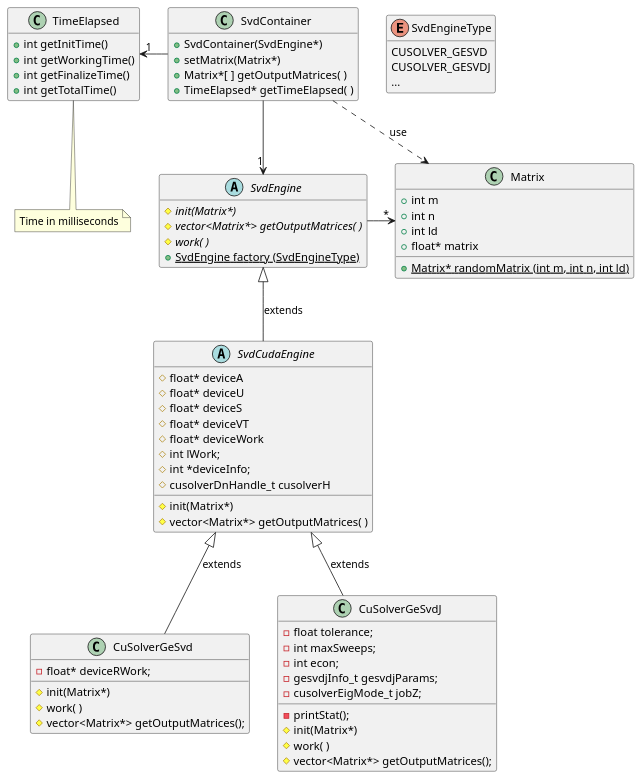
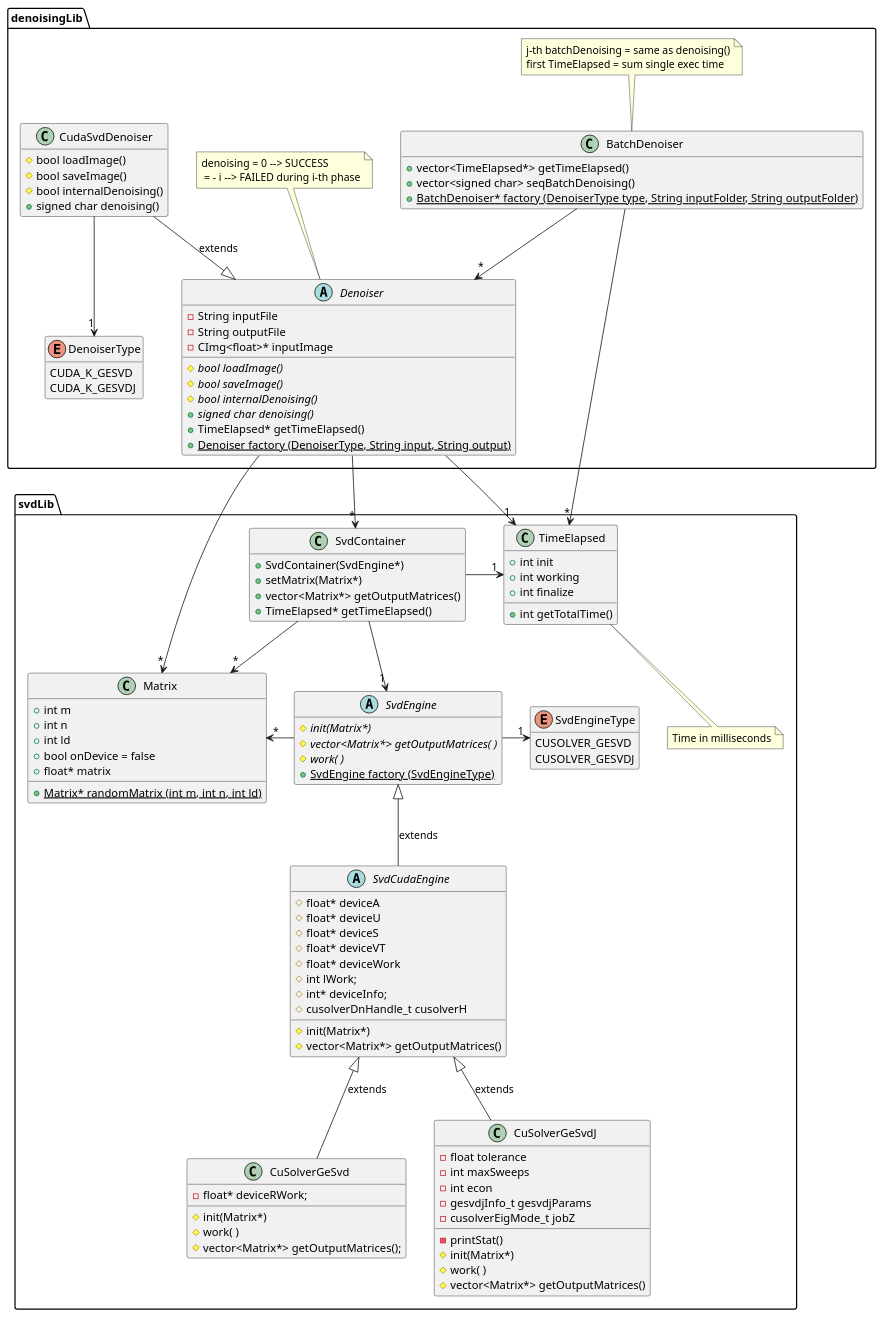
One commit to newfla/CUDA-K-SVD-Denoising changed the diagram in uml/src/classDiagram.puml. Above: the diagram before and after it, drawn with PlantUML. The commit also changed 17 other files, not shown here.

```diff
--- a/uml/src/classDiagram.puml
+++ b/uml/src/classDiagram.puml
@@ -1,95 +1,151 @@
 @startuml diagrammaSVD
 
-class Matrix{
-    + int m
-    + int n
-    + int ld
-    + float* matrix
-    {static} + Matrix* randomMatrix (int m, int n, int ld)
+package svdLib {
+    class Matrix{
+        + int m
+        + int n
+        + int ld
+        + bool onDevice = false 
+        + float* matrix
+        {static} + Matrix* randomMatrix (int m, int n, int ld)
 
+    }
+
+    abstract class SvdEngine{
+        
+        {abstract} # init(Matrix*)
+        {abstract} # vector<Matrix*> getOutputMatrices( )
+        {abstract} # work( )
+        {static} + SvdEngine factory (SvdEngineType)
+    }
+
+    abstract class SvdCudaEngine{
+
+        # float* deviceA
+        # float* deviceU
+        # float* deviceS
+        # float* deviceVT
+        # float* deviceWork
+        # int lWork;
+        # int* deviceInfo;
+        # cusolverDnHandle_t cusolverH
+        
+
+        #  init(Matrix*)
+        #  vector<Matrix*> getOutputMatrices()
+    }
+
+    enum SvdEngineType{
+            CUSOLVER_GESVD
+            CUSOLVER_GESVDJ
+    }
+
+    class CuSolverGeSvd{
+
+        - float* deviceRWork;
+
+        # init(Matrix*)
+        # work( )
+        # vector<Matrix*> getOutputMatrices();
+    }
+
+    class CuSolverGeSvdJ{
+
+        - float tolerance
+        - int maxSweeps
+        - int econ
+        - gesvdjInfo_t gesvdjParams
+        - cusolverEigMode_t jobZ
+
+        - printStat()
+        # init(Matrix*)
+        # work( )
+        # vector<Matrix*> getOutputMatrices()
+    }
+
+
+    class TimeElapsed{
+        + int init
+        + int working
+        + int finalize
+        + int getTotalTime()
+    }
+
+    note bottom: Time in milliseconds
+
+    class SvdContainer{
+
+        + SvdContainer(SvdEngine*)
+        + setMatrix(Matrix*)
+        + vector<Matrix*> getOutputMatrices()
+        + TimeElapsed* getTimeElapsed()
+    }
+
+    SvdContainer -->  "*" Matrix 
+    SvdContainer --> "1" SvdEngine
+    TimeElapsed "1" <- SvdContainer
+    SvdEngine -> "*" Matrix
+    SvdEngine -> "1" SvdEngineType
+    SvdEngine <|-- SvdCudaEngine : extends
+    SvdCudaEngine <|-- CuSolverGeSvdJ : extends
+    SvdCudaEngine <|-- CuSolverGeSvd : extends
+
+    hide SvdEngineType methods
+    hide SvdContainer fields
+    hide SvdEngine fields
 }
 
-abstract class SvdEngine{
-    
-    {abstract} # init(Matrix*)
-    {abstract} # vector<Matrix*> getOutputMatrices( )
-    {abstract} # work( )
-    {static} + SvdEngine factory (SvdEngineType)
-}
+package denoisingLib{
 
-abstract class SvdCudaEngine{
+    enum DenoiserType{
+            CUDA_K_GESVD
+            CUDA_K_GESVDJ
+    }
 
-    # float* deviceA
-    # float* deviceU
-    # float* deviceS
-    # float* deviceVT
-    # float* deviceWork
-    # int lWork;
-    # int *deviceInfo;
-    # cusolverDnHandle_t cusolverH
-    
+    abstract class Denoiser{
 
-    #  init(Matrix*)
-    #  vector<Matrix*> getOutputMatrices( )
-}
+        - String inputFile
+        - String outputFile
+        - CImg<float>* inputImage
 
-enum SvdEngineType{
-        CUSOLVER_GESVD
-        CUSOLVER_GESVDJ
-        ...
-}
+        {abstract} # bool loadImage()
+        {abstract} # bool saveImage()
+        {abstract} # bool internalDenoising()
+        {abstract} + signed char denoising()
+        + TimeElapsed* getTimeElapsed()
+        {static} + Denoiser factory (DenoiserType, String input, String output)
+    }
 
-class CuSolverGeSvd{
+    note top: denoising = 0 --> SUCCESS\n = - i --> FAILED during i-th phase 
 
-    - float* deviceRWork;
+    class CudaSvdDenoiser{
+        # bool loadImage()
+        # bool saveImage()
+        # bool internalDenoising()
+        + signed char denoising()
+    }
 
-    # init(Matrix*)
-    # work( )
-    # vector<Matrix*> getOutputMatrices();
-}
+    class BatchDenoiser{
+        + vector<TimeElapsed*> getTimeElapsed() 
+        + vector<signed char> seqBatchDenoising()
+        {static} + BatchDenoiser* factory (DenoiserType type, String inputFolder, String outputFolder)
+    }
 
-class CuSolverGeSvdJ{
+    note top: j-th batchDenoising = same as denoising()\nfirst TimeElapsed = sum single exec time 
 
-    - float tolerance;
-    - int maxSweeps;
-    - int econ;
-    - gesvdjInfo_t gesvdjParams;
-    - cusolverEigMode_t jobZ;
 
-    - printStat();
-    # init(Matrix*)
-    # work( )
-    # vector<Matrix*> getOutputMatrices();
+    Denoiser --> "1" TimeElapsed
+    Denoiser --> "*" Matrix
+    Denoiser --> "*" SvdContainer
+    CudaSvdDenoiser --|> Denoiser : extends
+    CudaSvdDenoiser --> "1" DenoiserType
+    BatchDenoiser --> "*" Denoiser
+    BatchDenoiser --> "*" TimeElapsed
+
+    hide BatchDenoiser fields
+    hide CudaSvdDenoiser fields
+    hide DenoiserType methods
 }
 
 
-class TimeElapsed{
-    + int getInitTime()
-    + int getWorkingTime()
-    + int getFinalizeTime()
-    + int getTotalTime()
-}
-
-note bottom: Time in milliseconds
-
-class SvdContainer{
-    + SvdContainer(SvdEngine*)
-    + setMatrix(Matrix*)
-    + Matrix*[ ] getOutputMatrices( )
-    + TimeElapsed* getTimeElapsed( )
-}
-
-SvdContainer ..>  Matrix : use
-SvdContainer --> "1" SvdEngine
-TimeElapsed "1" <- SvdContainer
-SvdEngine -> "*" Matrix
-SvdEngine <|-- SvdCudaEngine : extends
-SvdCudaEngine <|-- CuSolverGeSvdJ : extends
-SvdCudaEngine <|-- CuSolverGeSvd : extends
-
-hide SvdEngine fields
-hide TimeElapsed fields
-hide SvdContainer fields
-hide SvdEngineType methods
-
 @enduml
```
